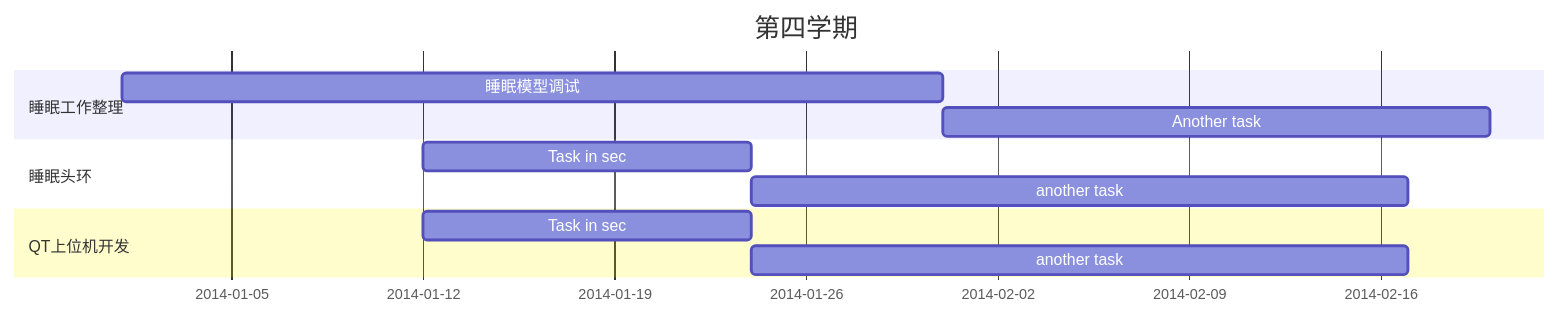
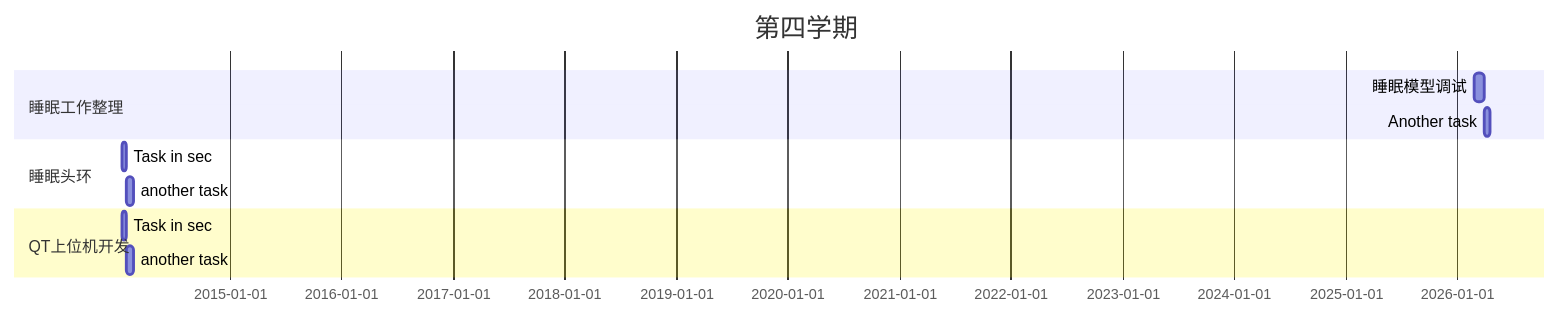
Before and after one commit to ChangMY-TJU/iodraw-files: the diagram in all/代码甘特图.md, drawn with Mermaid.

Commit message:
2026-03-27 14:36:27 update

````diff
--- a/all/代码甘特图.md
+++ b/all/代码甘特图.md
@@ -1,15 +1,15 @@
 ```mermaid
 gantt
     title 第四学期
     dateFormat  YYYY-MM-DD
     section 睡眠工作整理
-    睡眠模型调试           :a1, 2014-01-01, 30d
+    睡眠模型调试      :a1, 2026-03-01, 30d
     Another task     :after a1  , 20d
     section 睡眠头环
     Task in sec      :2014-01-12  , 12d
     another task      : 24d
     section QT上位机开发
     Task in sec      :2014-01-12  , 12d
     another task      : 24d
 
 ```
````
